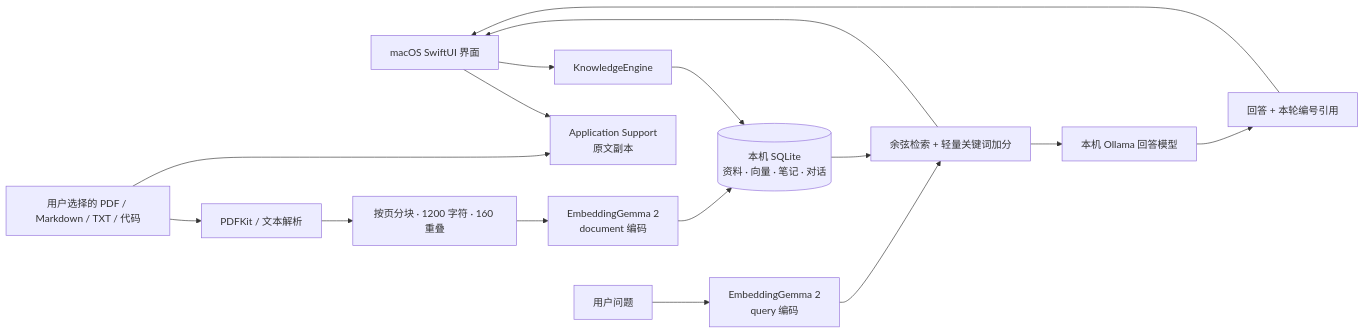
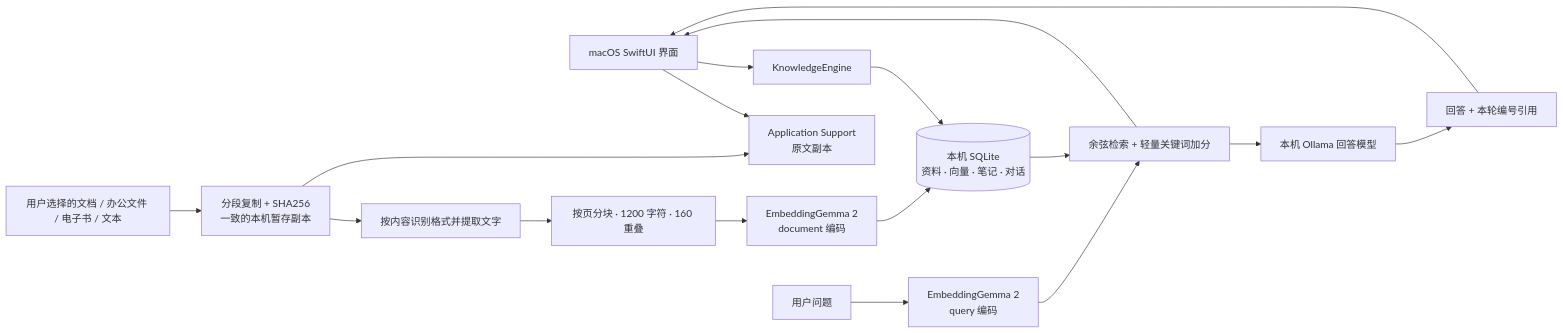
Before and after one commit to wyatt88/AskBaseMac: the diagram in docs/ARCHITECTURE.md, drawn with Mermaid. The commit also changed other lines of this file and 25 other files, not shown here.

````diff
--- a/docs/ARCHITECTURE.md
+++ b/docs/ARCHITECTURE.md
@@ -3,18 +3,19 @@
 ```mermaid
 flowchart LR
     U[macOS SwiftUI 界面] --> E[KnowledgeEngine]
-    F[用户选择的 PDF / Markdown / TXT / 代码] --> P[PDFKit / 文本解析]
+    F[用户选择的文档 / 办公文件 / 电子书 / 文本] --> T[分段复制 + SHA256<br/>一致的本机暂存副本]
+    T --> P[按内容识别格式并提取文字]
     P --> C[按页分块 · 1200 字符 · 160 重叠]
     C --> D[EmbeddingGemma 2<br/>document 编码]
     D --> S[(本机 SQLite<br/>资料 · 向量 · 笔记 · 对话)]
     E --> S
     Q[用户问题] --> V[EmbeddingGemma 2<br/>query 编码]
     V --> R[余弦检索 + 轻量关键词加分]
     S --> R
     R --> U
     R --> G[本机 Ollama 回答模型]
     G --> A[回答 + 本轮编号引用]
     A --> U
-    F --> O[Application Support<br/>原文副本]
+    T --> O[Application Support<br/>原文副本]
     U --> O
 ```
````
